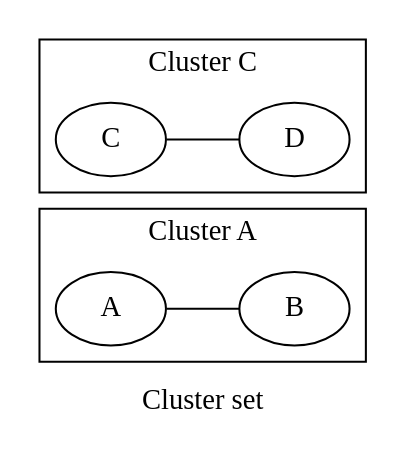
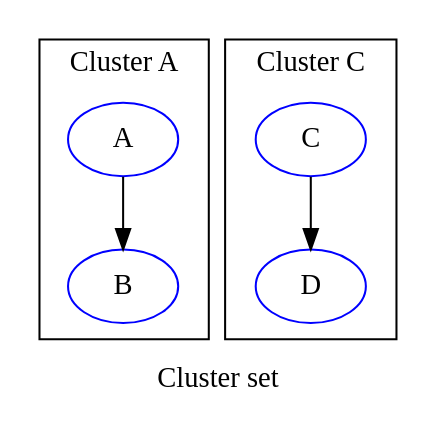
Before and after one commit to graphviz-perl/GraphViz2-Marpa-PathUtils: the diagram in data/03.clusters.out.gv, drawn with Graphviz. The commit also changed 34 other files, not shown here.

```diff
--- a/data/03.clusters.out.gv
+++ b/data/03.clusters.out.gv
@@ -1,22 +1,22 @@
-graph Perl
+digraph graph_03
 {
-graph [ label="Cluster set" rankdir="LR" ]
+graph [ label="Cluster set" rankdir="TB" ]
 
 subgraph "cluster A"
 {
-graph [ label="Cluster A" rankdir="LR" ]
+graph [ label="Cluster A" rankdir="TB" ]
 
-"A"
-"B"
-"A" -- "B" [ label="" ]
+"A" [ color="blue" ]
+"B" [ color="blue" ]
+"A" -> "B" [ label="" ]
 }
 
 subgraph "cluster C"
 {
-graph [ label="Cluster C" rankdir="LR" ]
+graph [ label="Cluster C" rankdir="TB" ]
 
-"C"
-"D"
-"C" -- "D" [ label="" ]
+"C" [ color="blue" ]
+"D" [ color="blue" ]
+"C" -> "D" [ label="" ]
 }
 }
```
